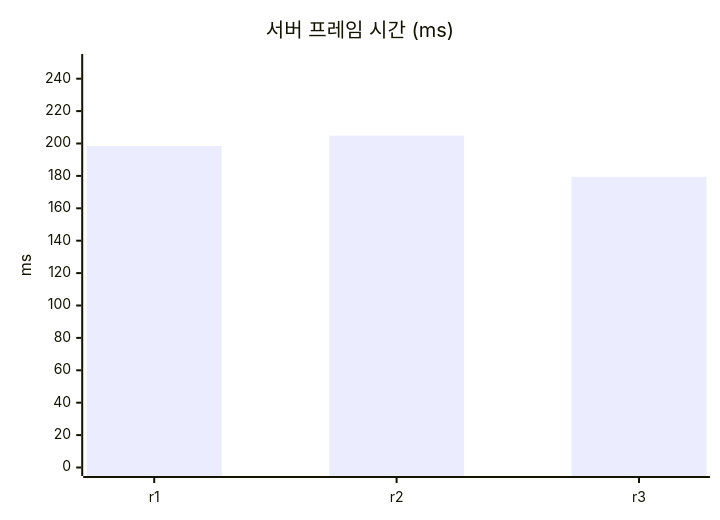
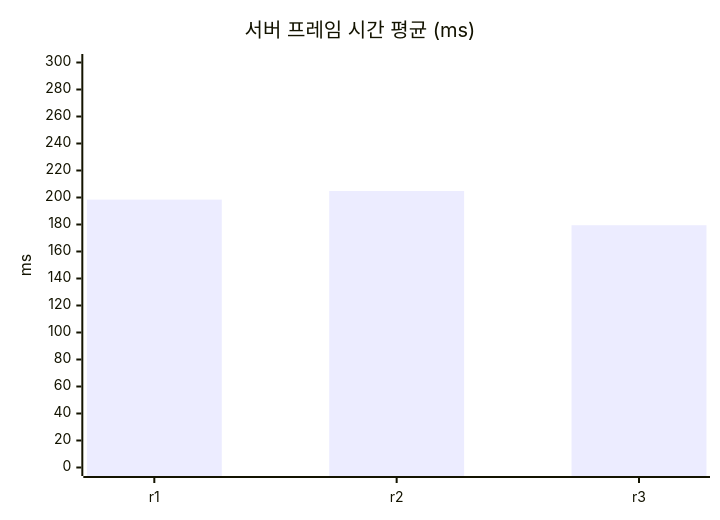
The first of 4 diagrams in Posts/01-baseline/README.md (hon454/ue-dedicated-server-optimization-lab), drawn with Mermaid before and after one commit. The commit also changed other lines of this file and 4 other files, not shown here.

````diff
--- a/Posts/01-baseline/README.md
+++ b/Posts/01-baseline/README.md
@@ -179,7 +182,7 @@
 ```mermaid
 xychart-beta
-    title "서버 프레임 시간 (ms)"
+    title "서버 프레임 시간 평균 (ms)"
     x-axis ["r1", "r2", "r3"]
-    y-axis "ms" 0 --> 250
+    y-axis "ms" 0 --> 300
     bar [198.44, 204.82, 179.47]
 ```
````
